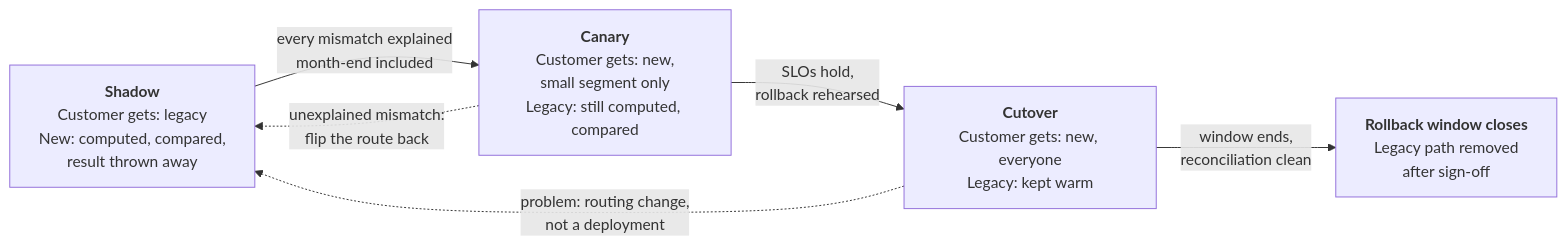
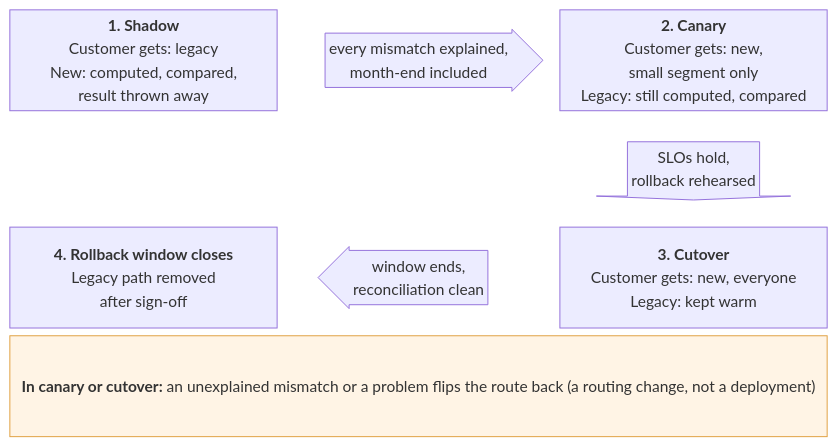
The diagram in docs/articles/substack/diagrams/route-flip-stages.mmd (wallaceespindola/legacy-modernization-patterns), drawn with Mermaid before and after one commit. The commit also changed 20 other files, not shown here.

```diff
--- a/docs/articles/substack/diagrams/route-flip-stages.mmd
+++ b/docs/articles/substack/diagrams/route-flip-stages.mmd
@@ -1,10 +1,12 @@
-flowchart LR
-    S["<b>Shadow</b><br/>Customer gets: legacy<br/>New: computed, compared,<br/>result thrown away"]
-    C["<b>Canary</b><br/>Customer gets: new,<br/>small segment only<br/>Legacy: still computed, compared"]
-    F["<b>Cutover</b><br/>Customer gets: new, everyone<br/>Legacy: kept warm"]
-    R["<b>Rollback window closes</b><br/>Legacy path removed<br/>after sign-off"]
-    S -->|"every mismatch explained<br/>month-end included"| C
-    C -->|"SLOs hold,<br/>rollback rehearsed"| F
-    F -->|"window ends,<br/>reconciliation clean"| R
-    C -. "unexplained mismatch:<br/>flip the route back" .-> S
-    F -. "problem: routing change,<br/>not a deployment" .-> S
+block-beta
+    columns 3
+    S["<b>1. Shadow</b><br/>Customer gets: legacy<br/>New: computed, compared,<br/>result thrown away"]
+    a1<["every mismatch explained,<br/>month-end included"]>(right)
+    C["<b>2. Canary</b><br/>Customer gets: new,<br/>small segment only<br/>Legacy: still computed, compared"]
+    space:2
+    a2<["SLOs hold,<br/>rollback rehearsed"]>(down)
+    R["<b>4. Rollback window closes</b><br/>Legacy path removed<br/>after sign-off"]
+    a3<["window ends,<br/>reconciliation clean"]>(left)
+    F["<b>3. Cutover</b><br/>Customer gets: new, everyone<br/>Legacy: kept warm"]
+    N["<b>In canary or cutover:</b> an unexplained mismatch or a problem flips the route back (a routing change, not a deployment)"]:3
+    style N fill:#fff4e5,stroke:#e0a040
```
